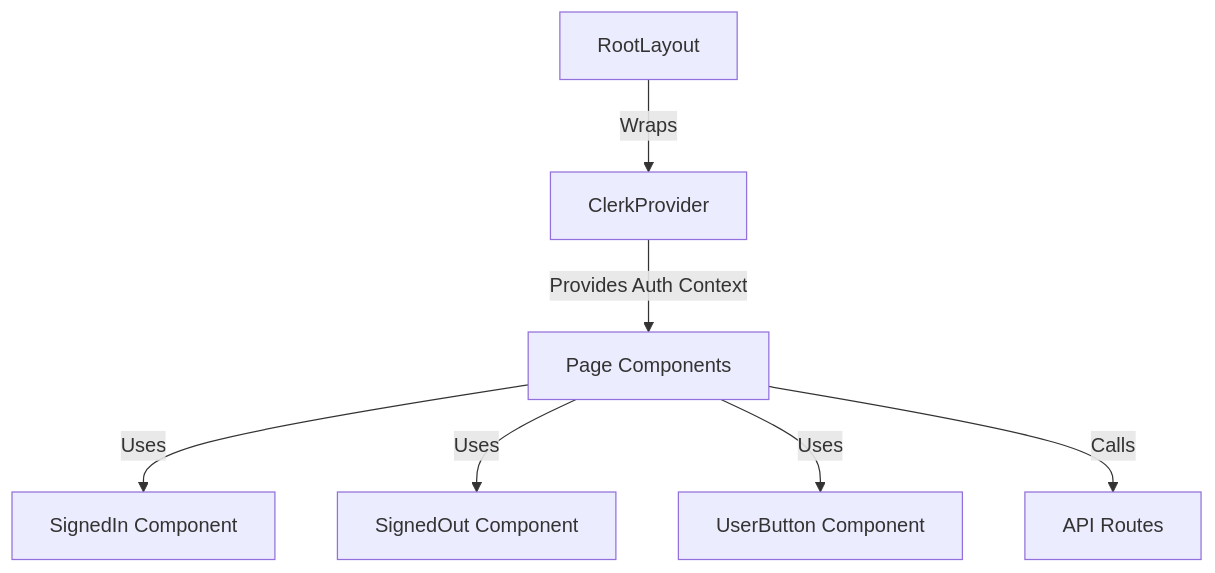
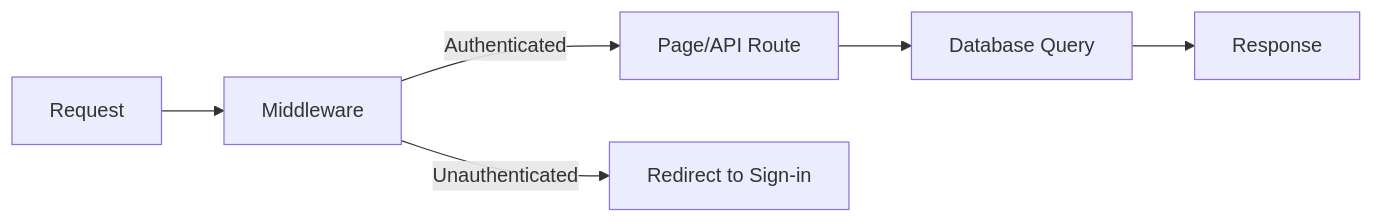
The first of 2 diagrams in docs/ARCHITECTURE.md (timyousaf/timtracker2), drawn with Mermaid before and after one commit. The commit also changed other lines of this file and 8 other files, not shown here.

````diff
--- a/docs/ARCHITECTURE.md
+++ b/docs/ARCHITECTURE.md
@@ -47,9 +27,8 @@
 ```mermaid
-graph TD
-    A[RootLayout] -->|Wraps| B[ClerkProvider]
-    B -->|Provides Auth Context| C[Page Components]
-    C -->|Uses| D[SignedIn Component]
-    C -->|Uses| E[SignedOut Component]
-    C -->|Uses| F[UserButton Component]
-    C -->|Calls| G[API Routes]
+graph LR
+    A[Request] --> B[Middleware]
+    B -->|Authenticated| C[Page/API Route]
+    B -->|Unauthenticated| D[Redirect to Sign-in]
+    C --> E[Database Query]
+    E --> F[Response]
 ```
````
